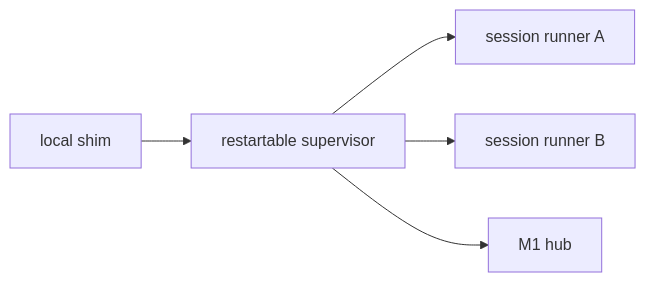
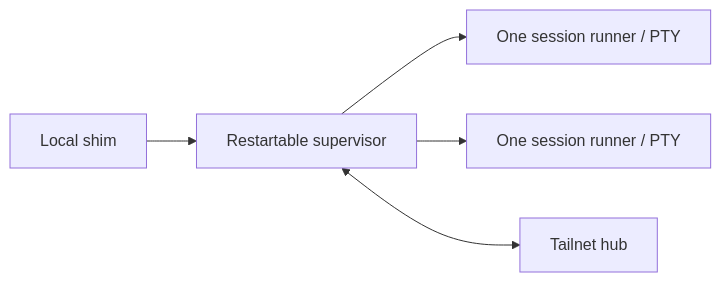
Before and after one commit to machi47/muxline: the second of 2 diagrams in docs/architecture.md, drawn with Mermaid. The commit also changed other lines of this file and 35 other files, not shown here.

````diff
--- a/docs/architecture.md
+++ b/docs/architecture.md
@@ -45,7 +190,7 @@
 ```mermaid
 flowchart LR
-    Shim["local shim"] --> Supervisor["restartable supervisor"]
-    Supervisor --> RunnerA["session runner A"]
-    Supervisor --> RunnerB["session runner B"]
-    Supervisor --> Hub["M1 hub"]
+    Shim["Local shim"] --> Supervisor["Restartable supervisor"]
+    Supervisor --> RunnerA["One session runner / PTY"]
+    Supervisor --> RunnerB["One session runner / PTY"]
+    Supervisor <--> Hub["Tailnet hub"]
 ```
````
